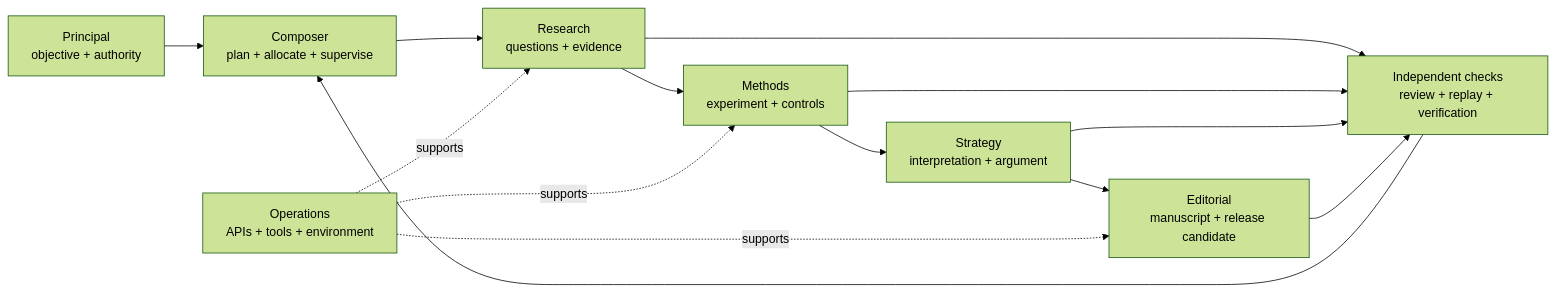
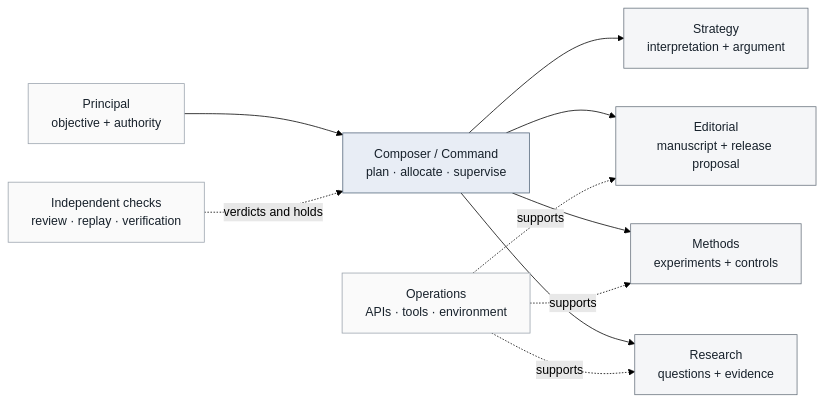
One commit to codeshark94/Sci-saurus changed the first of 2 diagrams in README.md. Above: the diagram before and after it, drawn with Mermaid (forest theme). The commit also changed other lines of this file, not shown here.

Commit message:
Clarify adaptive research execution flow

````diff
--- a/README.md
+++ b/README.md
@@ -70,16 +70,19 @@
 ```mermaid
 flowchart LR
-    P[Principal<br/>objective + authority] --> C[Composer<br/>plan + allocate + supervise]
+    P[Principal<br/>objective + authority] --> C[Composer / Command<br/>plan · allocate · supervise]
     C --> R[Research<br/>questions + evidence]
-    R --> M[Methods<br/>experiment + controls]
-    M --> I[Strategy<br/>interpretation + argument]
-    I --> E[Editorial<br/>manuscript + release candidate]
-    O[Operations<br/>APIs + tools + environment] -. supports .-> R
+    C --> M[Methods<br/>experiments + controls]
+    C --> S[Strategy<br/>interpretation + argument]
+    C --> E[Editorial<br/>manuscript + release proposal]
+    O[Operations<br/>APIs · tools · environment] -. supports .-> R
     O -. supports .-> M
     O -. supports .-> E
-    V[Independent checks<br/>review + replay + verification] --> C
-    R --> V
-    M --> V
-    I --> V
-    E --> V
+    V[Independent checks<br/>review · replay · verification] -. verdicts and holds .-> C
+
+    classDef control fill:#e8edf5,stroke:#52657a,color:#17212b
+    classDef department fill:#f5f6f8,stroke:#68727d,color:#17212b
+    classDef support fill:#fafafa,stroke:#9aa3ad,color:#17212b
+    class C control
+    class R,M,S,E department
+    class P,O,V support
 ```
````
